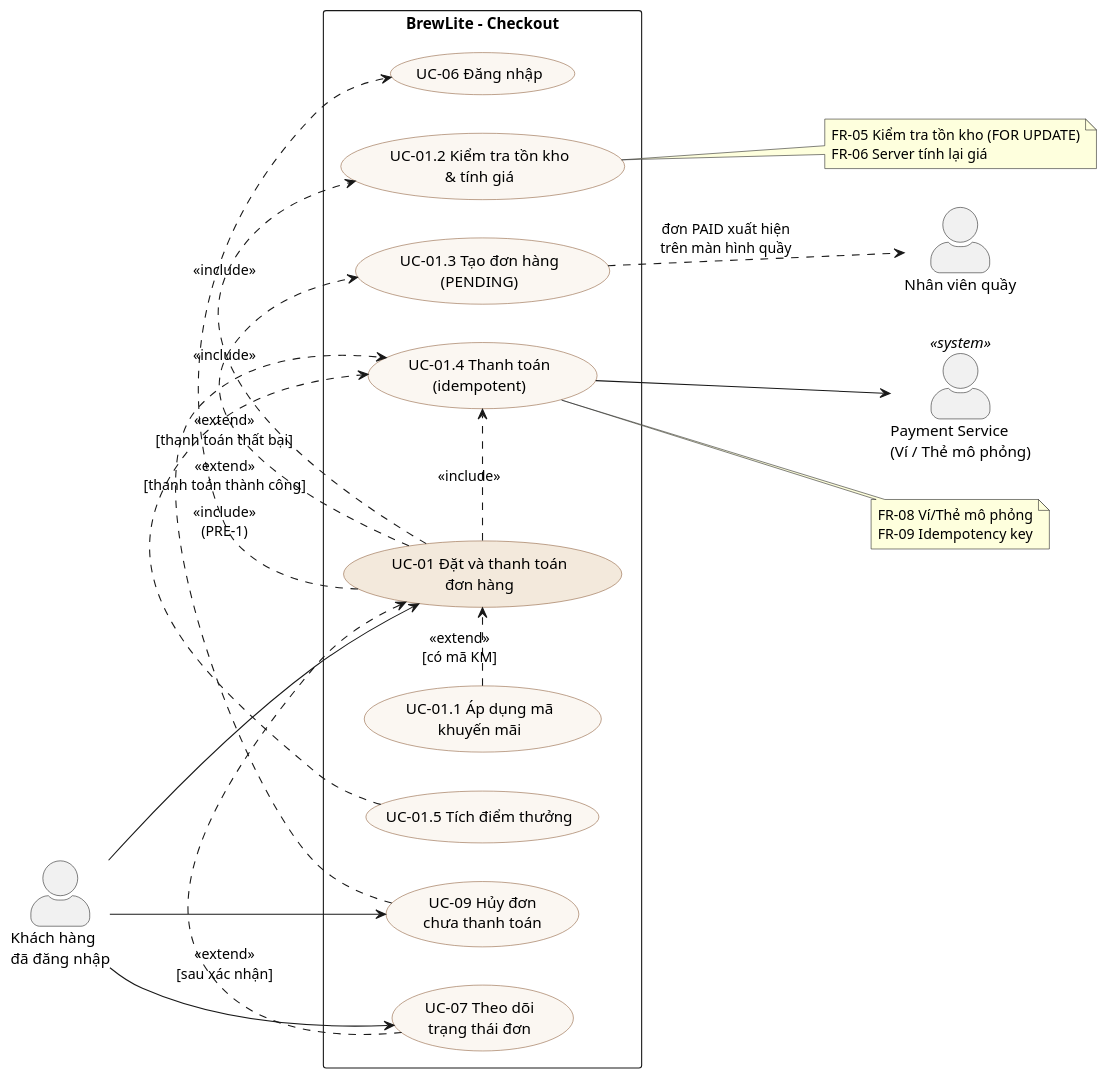
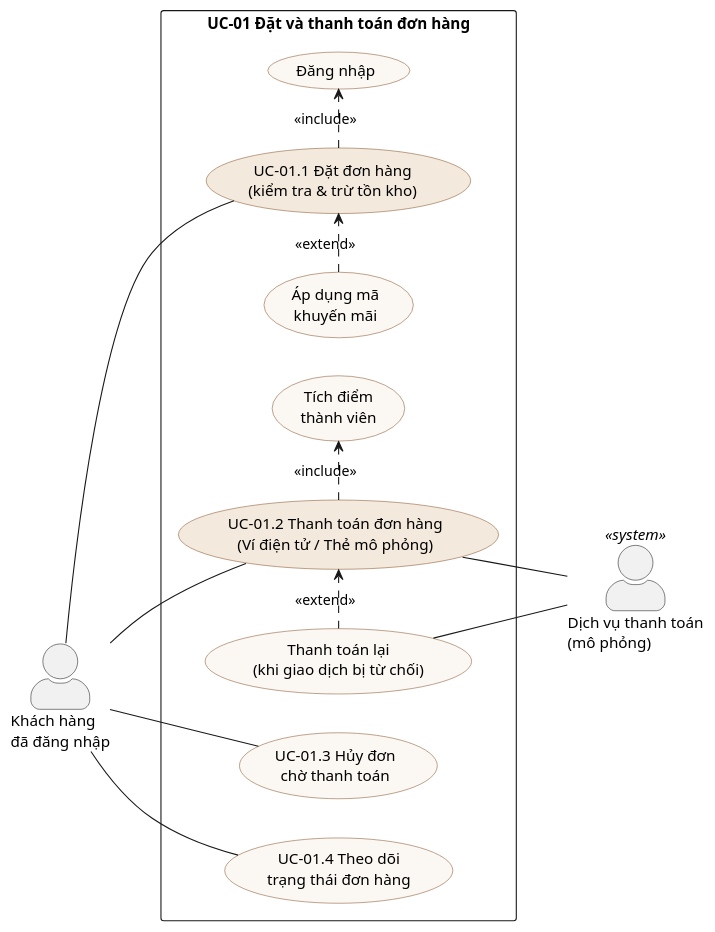
One commit to LHTCoder/brewlite changed the diagram in docs/diagrams/use-case-checkout.puml. Above: the diagram before and after it, drawn with PlantUML. The commit also changed 26 other files, not shown here.

First line of the commit message:
docs: cập nhật đặc tả, use-case, activity và class diagram theo góp ý của nhóm

```diff
--- a/docs/diagrams/use-case-checkout.puml
+++ b/docs/diagrams/use-case-checkout.puml
@@ -1,50 +1,36 @@
 @startuml use-case-checkout
 ' Sơ đồ use-case phạm vi UC-01 Đặt và thanh toán đơn hàng (Task 1.3)
 left to right direction
 skinparam actorStyle awesome
 skinparam usecase {
   BackgroundColor #FBF7F2
   BorderColor #8A5733
 }
 
 actor "Khách hàng\nđã đăng nhập" as Customer
-actor "Payment Service\n(Ví / Thẻ mô phỏng)" as Pay <<system>>
-actor "Nhân viên quầy" as Staff
+actor "Dịch vụ thanh toán\n(mô phỏng)" as Pay <<system>>
 
-rectangle "BrewLite – Checkout" {
-  usecase "UC-01 Đặt và thanh toán\nđơn hàng" as UC1 #F3E9DC
-  usecase "UC-01.1 Áp dụng mã\nkhuyến mãi" as UC11
-  usecase "UC-01.2 Kiểm tra tồn kho\n& tính giá" as UC12
-  usecase "UC-01.3 Tạo đơn hàng\n(PENDING)" as UC13
-  usecase "UC-01.4 Thanh toán\n(idempotent)" as UC14
-  usecase "UC-01.5 Tích điểm thưởng" as UC15
-  usecase "UC-06 Đăng nhập" as UC6
-  usecase "UC-09 Hủy đơn\nchưa thanh toán" as UC9
-  usecase "UC-07 Theo dõi\ntrạng thái đơn" as UC7
+rectangle "UC-01 Đặt và thanh toán đơn hàng" {
+  usecase "UC-01.1 Đặt đơn hàng\n(kiểm tra & trừ tồn kho)" as UC11 #F3E9DC
+  usecase "UC-01.2 Thanh toán đơn hàng\n(Ví điện tử / Thẻ mô phỏng)" as UC12 #F3E9DC
+  usecase "UC-01.3 Hủy đơn\nchờ thanh toán" as UC13
+  usecase "UC-01.4 Theo dõi\ntrạng thái đơn hàng" as UC14
+  usecase "Áp dụng mã\nkhuyến mãi" as Promo
+  usecase "Đăng nhập" as Login
+  usecase "Tích điểm\nthành viên" as Points
+  usecase "Thanh toán lại\n(khi giao dịch bị từ chối)" as Retry
 }
 
-Customer --> UC1
-Customer --> UC9
-Customer --> UC7
+Customer -- UC11
+Customer -- UC12
+Customer -- UC13
+Customer -- UC14
 
-UC1 .> UC6 : <<include>>\n(PRE-1)
-UC1 .> UC12 : <<include>>
-UC1 .> UC13 : <<include>>
-UC1 .> UC14 : <<include>>
-UC11 .> UC1 : <<extend>>\n[có mã KM]
-UC15 .> UC14 : <<extend>>\n[thanh toán thành công]
-UC9 .> UC14 : <<extend>>\n[thanh toán thất bại]
-UC7 .> UC1 : <<extend>>\n[sau xác nhận]
+UC11 .> Login : <<include>>
+Promo .> UC11 : <<extend>>
+UC12 .> Points : <<include>>
+Retry .> UC12 : <<extend>>
 
-UC14 --> Pay
-UC13 ..> Staff : đơn PAID xuất hiện\ntrên màn hình quầy
-
-note right of UC12
-  FR-05 Kiểm tra tồn kho (FOR UPDATE)
-  FR-06 Server tính lại giá
-end note
-note right of UC14
-  FR-08 Ví/Thẻ mô phỏng
-  FR-09 Idempotency key
-end note
+UC12 -- Pay
+Retry -- Pay
 @enduml
```
